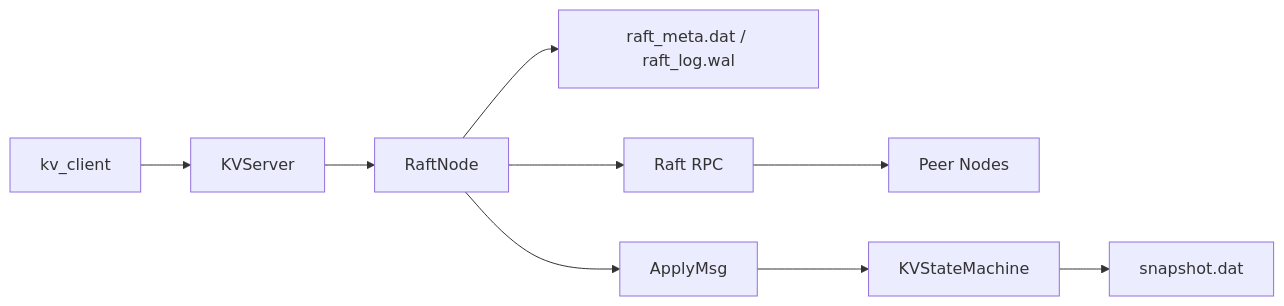
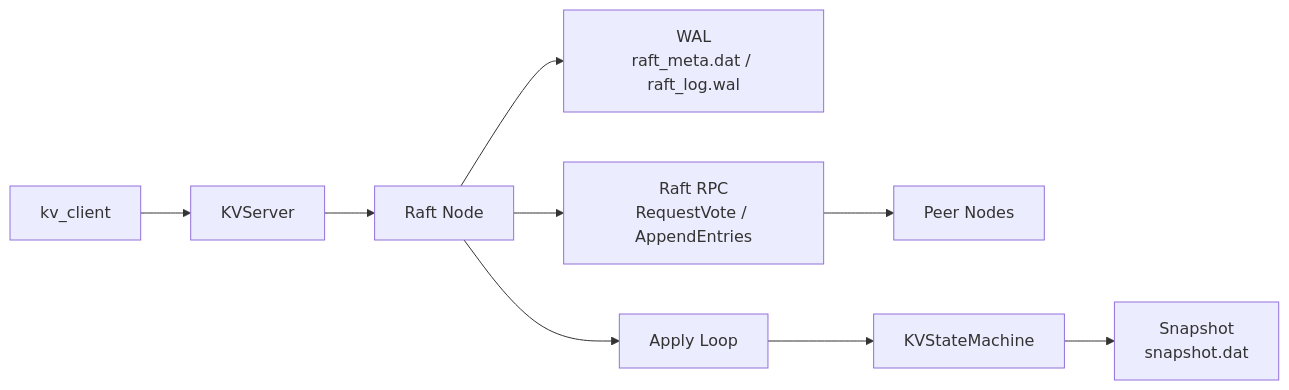
Before and after one commit to LiuKaiDev/RaftKV-StrongConsistency: the diagram in README.md, drawn with Mermaid. The commit also changed other lines of this file, not shown here.

````diff
--- a/README.md
+++ b/README.md
@@ -30,11 +119,15 @@
-```mermaid
-flowchart LR
-  Client["kv_client"] --> KVServer["KVServer"]
-  KVServer --> Raft["RaftNode"]
-  Raft --> WAL["raft_meta.dat / raft_log.wal"]
-  Raft --> RPC["Raft RPC"]
-  RPC --> Peers["Peer Nodes"]
-  Raft --> Apply["ApplyMsg"]
-  Apply --> KVSM["KVStateMachine"]
-  KVSM --> Snapshot["snapshot.dat"]
-```
+  ```mermaid
+  flowchart LR
+      Client["kv_client"] --> KVServer["KVServer"]
+  
+      KVServer --> Raft["Raft Node"]
+  
+      Raft --> WAL["WAL<br/>raft_meta.dat / raft_log.wal"]
+      Raft --> RPC["Raft RPC<br/>RequestVote / AppendEntries"]
+      RPC --> Peers["Peer Nodes"]
+  
+      Raft --> Apply["Apply Loop"]
+      Apply --> KVSM["KVStateMachine"]
+  
+      KVSM --> Snapshot["Snapshot<br/>snapshot.dat"]
+  ```
````
